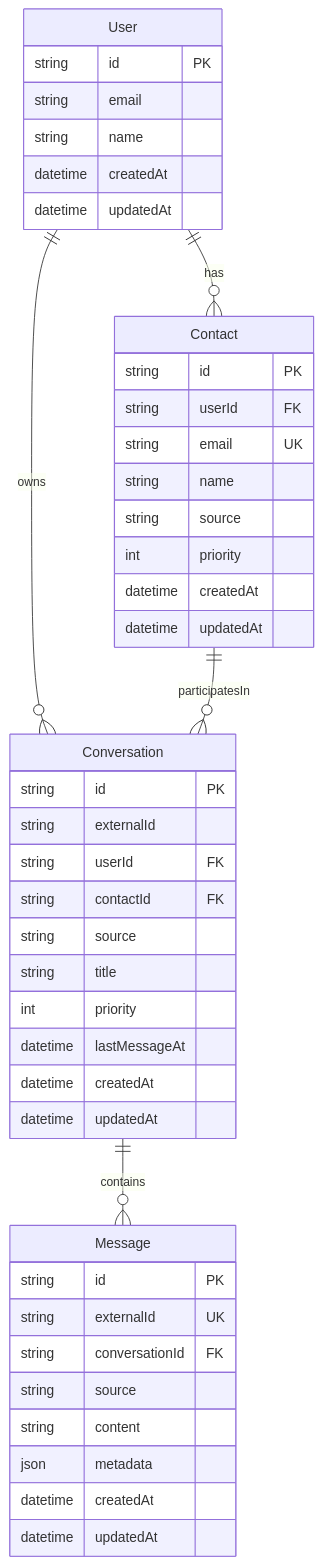
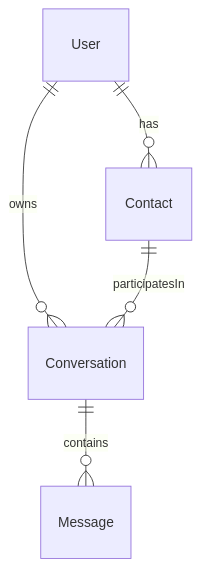
Before and after one commit to danielrshein/kinso-poc: the diagram in DESIGN.md, drawn with Mermaid. The commit also changed other lines of this file, not shown here.

````diff
--- a/DESIGN.md
+++ b/DESIGN.md
@@ -25,50 +5,7 @@
 ```mermaid
 erDiagram
     User ||--o{ Conversation : owns
     User ||--o{ Contact : has
     Contact ||--o{ Conversation : participatesIn
     Conversation ||--o{ Message : contains
-    
-    User {
-        string id PK
-        string email
-        string name
-        datetime createdAt
-        datetime updatedAt
-    }
-    
-    Contact {
-        string id PK
-        string userId FK
-        string email UK
-        string name
-        string source
-        int priority
-        datetime createdAt
-        datetime updatedAt
-    }
-    
-    Message {
-        string id PK
-        string externalId UK
-        string conversationId FK
-        string source
-        string content
-        json metadata
-        datetime createdAt
-        datetime updatedAt
-    }
-    
-    Conversation {
-        string id PK
-        string externalId
-        string userId FK
-        string contactId FK
-        string source
-        string title
-        int priority
-        datetime lastMessageAt
-        datetime createdAt
-        datetime updatedAt
-    }
 ```
````
